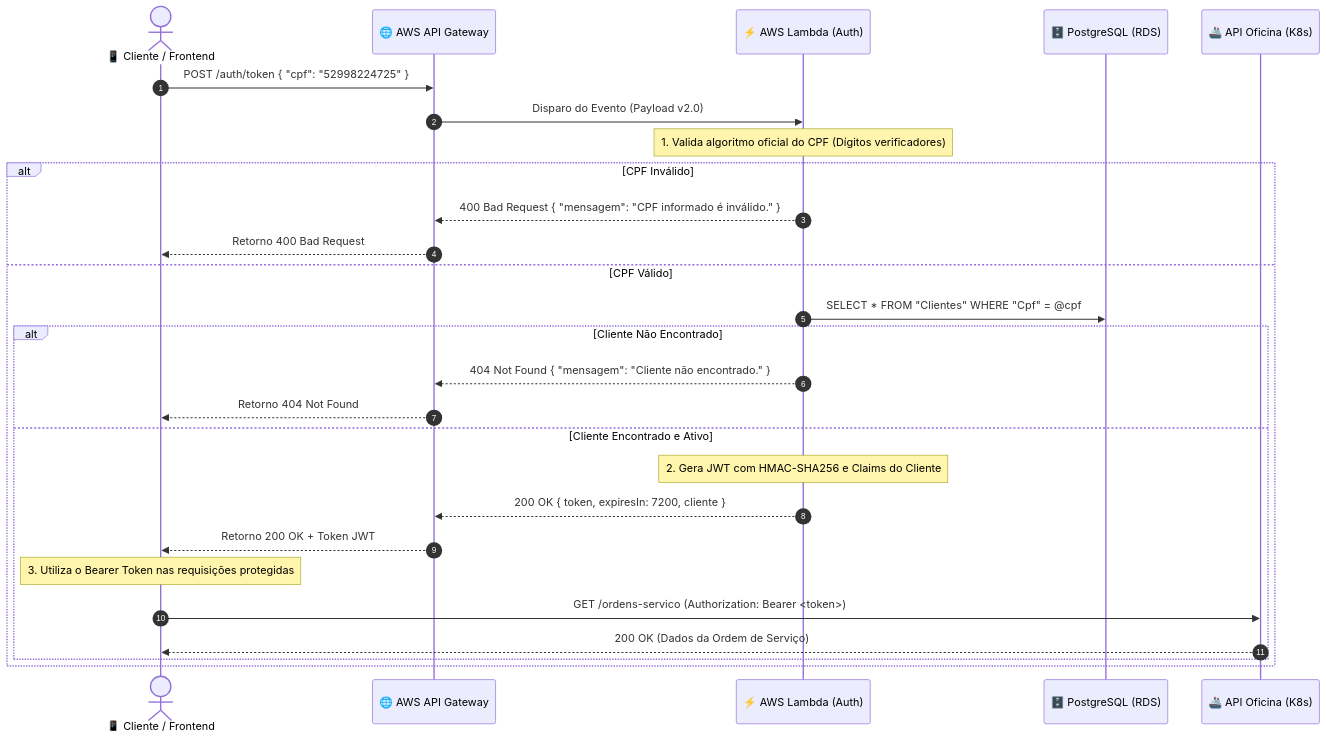
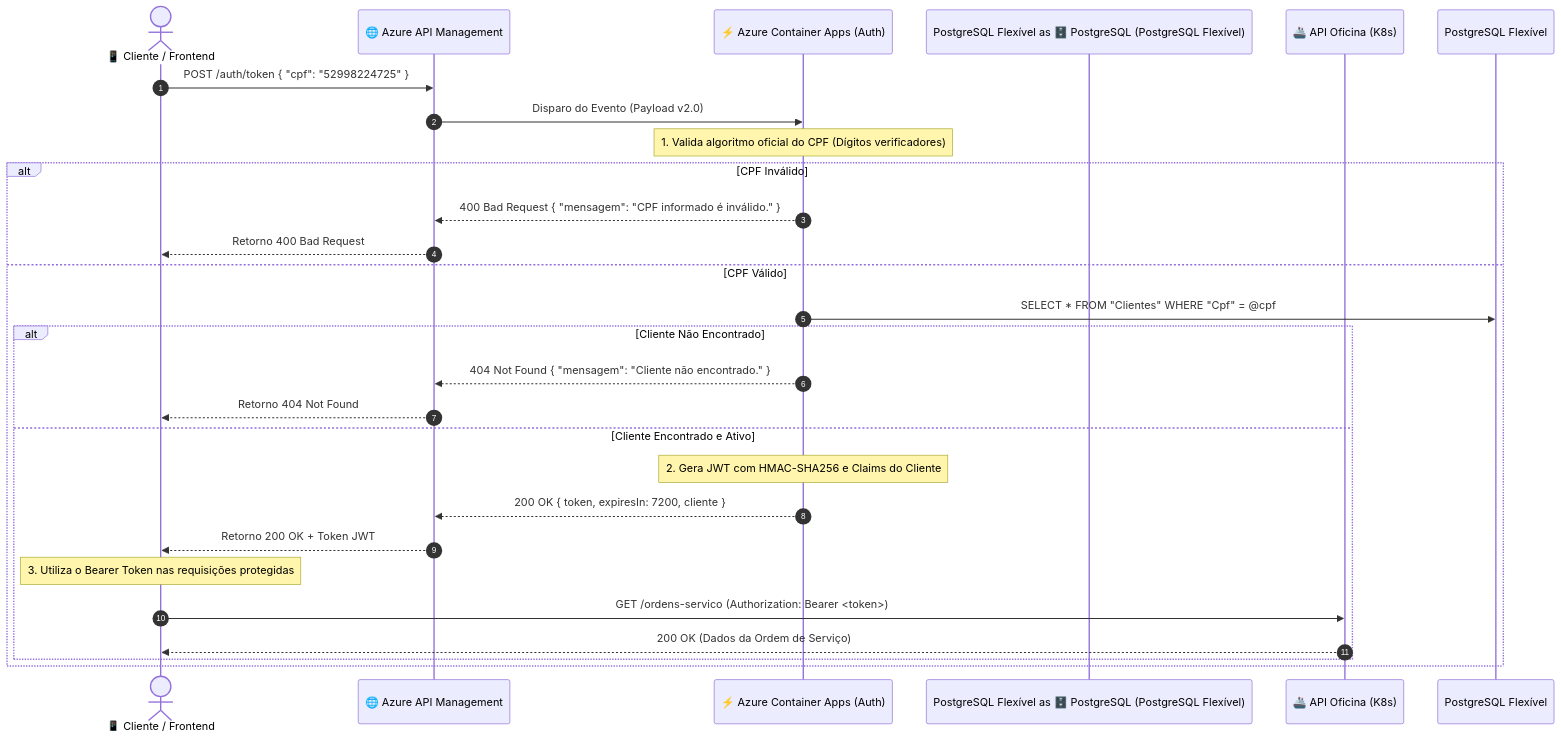
Before and after one commit to dvdalves/FIAP.Tech.Challenge.Lambda: the diagram in README.md, drawn with Mermaid. The commit also changed other lines of this file and 11 other files, not shown here.

````diff
--- a/README.md
+++ b/README.md
@@ -58,30 +58,30 @@
 ```mermaid
 sequenceDiagram
     autonumber
     actor Cliente as 📱 Cliente / Frontend
-    participant APIGW as 🌐 AWS API Gateway
-    participant Lambda as ⚡ AWS Lambda (Auth)
-    participant RDS as 🗄️ PostgreSQL (RDS)
+    participant APIGW as 🌐 Azure API Management
+    participant Lambda as ⚡ Azure Container Apps (Auth)
+    participant PostgreSQL Flexível as 🗄️ PostgreSQL (PostgreSQL Flexível)
     participant API as 🚢 API Oficina (K8s)
 
     Cliente->>APIGW: POST /auth/token { "cpf": "52998224725" }
     APIGW->>Lambda: Disparo do Evento (Payload v2.0)
     Note over Lambda: 1. Valida algoritmo oficial do CPF (Dígitos verificadores)
     alt CPF Inválido
         Lambda-->>APIGW: 400 Bad Request { "mensagem": "CPF informado é inválido." }
         APIGW-->>Cliente: Retorno 400 Bad Request
     else CPF Válido
-        Lambda->>RDS: SELECT * FROM "Clientes" WHERE "Cpf" = @cpf
+        Lambda->>PostgreSQL Flexível: SELECT * FROM "Clientes" WHERE "Cpf" = @cpf
         alt Cliente Não Encontrado
             Lambda-->>APIGW: 404 Not Found { "mensagem": "Cliente não encontrado." }
             APIGW-->>Cliente: Retorno 404 Not Found
         else Cliente Encontrado e Ativo
             Note over Lambda: 2. Gera JWT com HMAC-SHA256 e Claims do Cliente
             Lambda-->>APIGW: 200 OK { token, expiresIn: 7200, cliente }
             APIGW-->>Cliente: Retorno 200 OK + Token JWT
             Note over Cliente: 3. Utiliza o Bearer Token nas requisições protegidas
             Cliente->>API: GET /ordens-servico (Authorization: Bearer <token>)
             API-->>Cliente: 200 OK (Dados da Ordem de Serviço)
         end
     end
 ```
````
